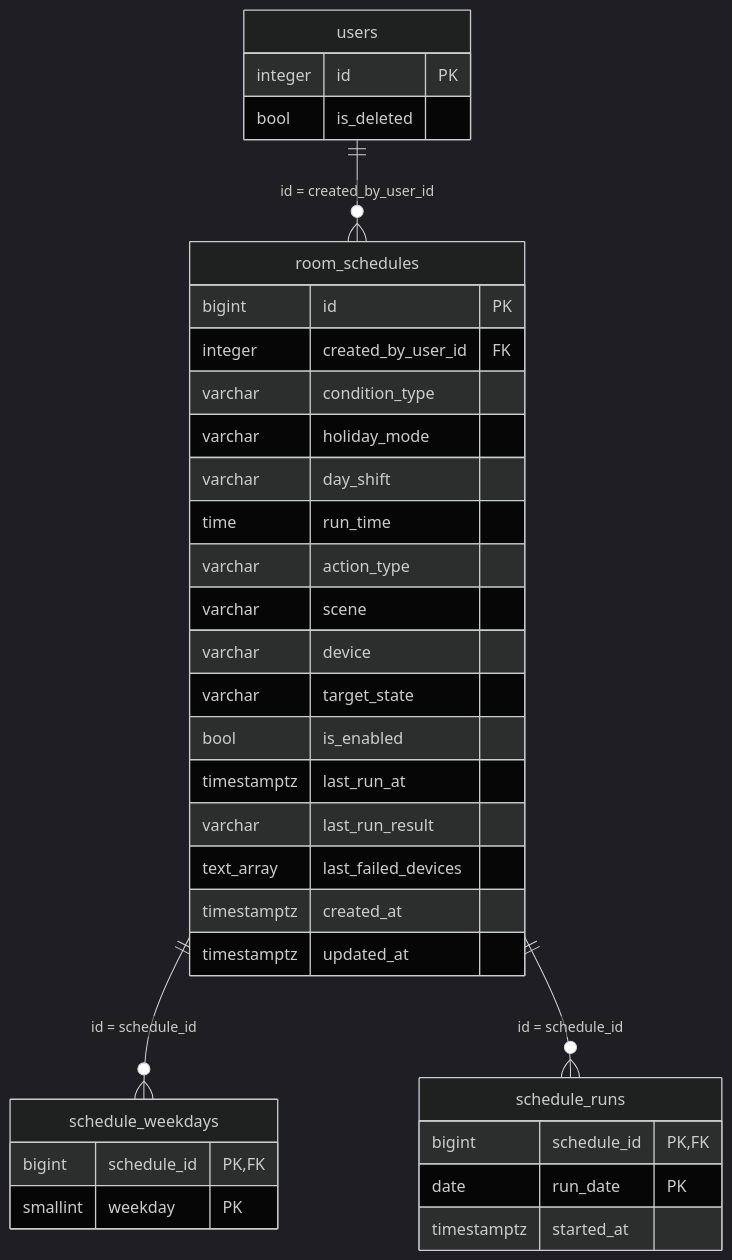
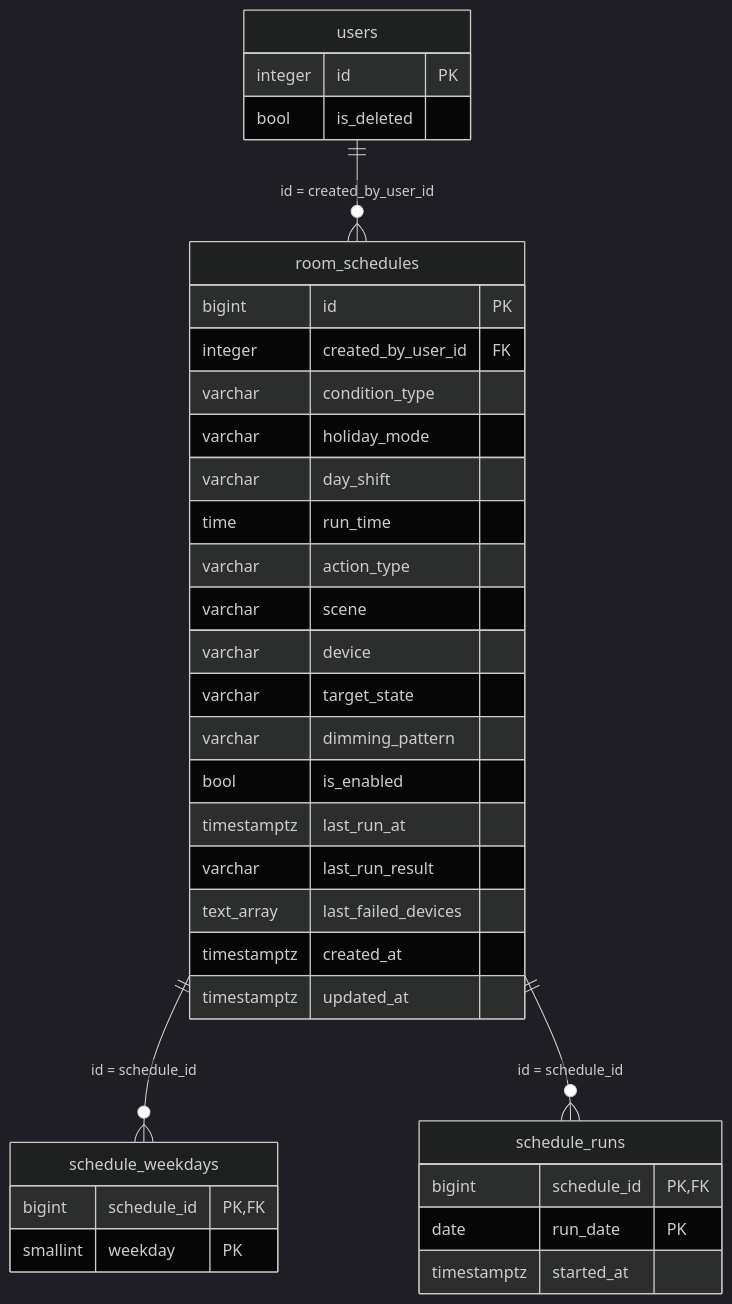
One commit to u1tym/claude_webapp changed the diagram in specs/room/db-design.md. Above: the diagram before and after it, drawn with Mermaid (dark theme). The commit also changed other lines of this file and 47 other files, not shown here.

````diff
--- a/specs/room/db-design.md
+++ b/specs/room/db-design.md
@@ -24,37 +24,38 @@
 ```mermaid
 erDiagram
     users ||--o{ room_schedules : "id = created_by_user_id"
     room_schedules ||--o{ schedule_weekdays : "id = schedule_id"
     room_schedules ||--o{ schedule_runs : "id = schedule_id"
     users {
         integer id PK
         bool is_deleted
     }
     room_schedules {
         bigint id PK
         integer created_by_user_id FK
         varchar condition_type
         varchar holiday_mode
         varchar day_shift
         time run_time
         varchar action_type
         varchar scene
         varchar device
         varchar target_state
+        varchar dimming_pattern
         bool is_enabled
         timestamptz last_run_at
         varchar last_run_result
         text_array last_failed_devices
         timestamptz created_at
         timestamptz updated_at
     }
     schedule_weekdays {
         bigint schedule_id PK, FK
         smallint weekday PK
     }
     schedule_runs {
         bigint schedule_id PK, FK
         date run_date PK
         timestamptz started_at
     }
 ```
````
